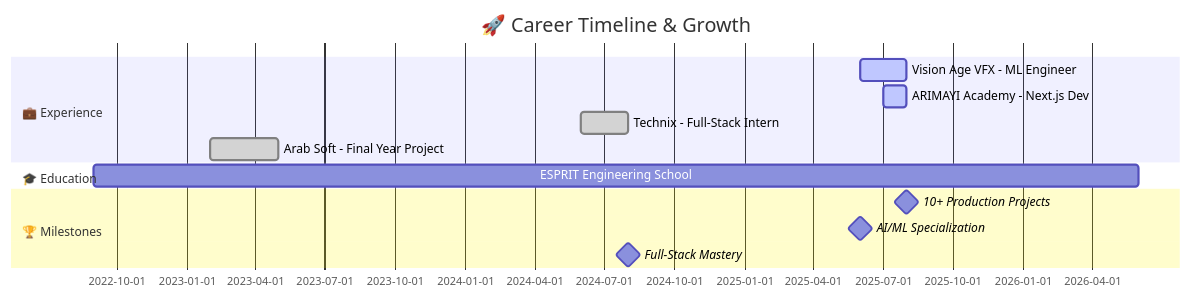
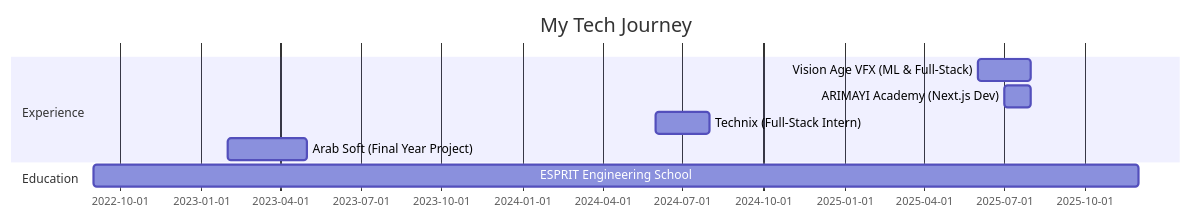
Before and after one commit to DhiaGhouma/DhiaGhouma: the diagram in readMe.md, drawn with Mermaid. The commit also changed other lines of this file, not shown here.

````diff
--- a/readMe.md
+++ b/readMe.md
@@ -372,16 +262,12 @@
 ```mermaid
 gantt
-    title 🚀 Career Timeline & Growth
-    dateFormat YYYY-MM
-    section 💼 Experience
-    Vision Age VFX - ML Engineer          :active, 2025-06, 2025-08
-    ARIMAYI Academy - Next.js Dev         :active, 2025-07, 2025-08
-    Technix - Full-Stack Intern           :done, 2024-06, 2024-08
-    Arab Soft - Final Year Project        :done, 2023-02, 2023-05
-    section 🎓 Education
-    ESPRIT Engineering School             :2022-09, 2026-06
-    section 🏆 Milestones
-    10+ Production Projects               :milestone, 2025-08, 0d
-    AI/ML Specialization                  :milestone, 2025-06, 0d
-    Full-Stack Mastery                    :milestone, 2024-08, 0d
+    title My Tech Journey
+    dateFormat  YYYY-MM
+    section Experience
+    Vision Age VFX (ML & Full-Stack)    :2025-06, 2025-08
+    ARIMAYI Academy (Next.js Dev)       :2025-07, 2025-08
+    Technix (Full-Stack Intern)         :2024-06, 2024-08
+    Arab Soft (Final Year Project)      :2023-02, 2023-05
+    section Education
+    ESPRIT Engineering School           :2022-09, 2025-12
 ```
````
